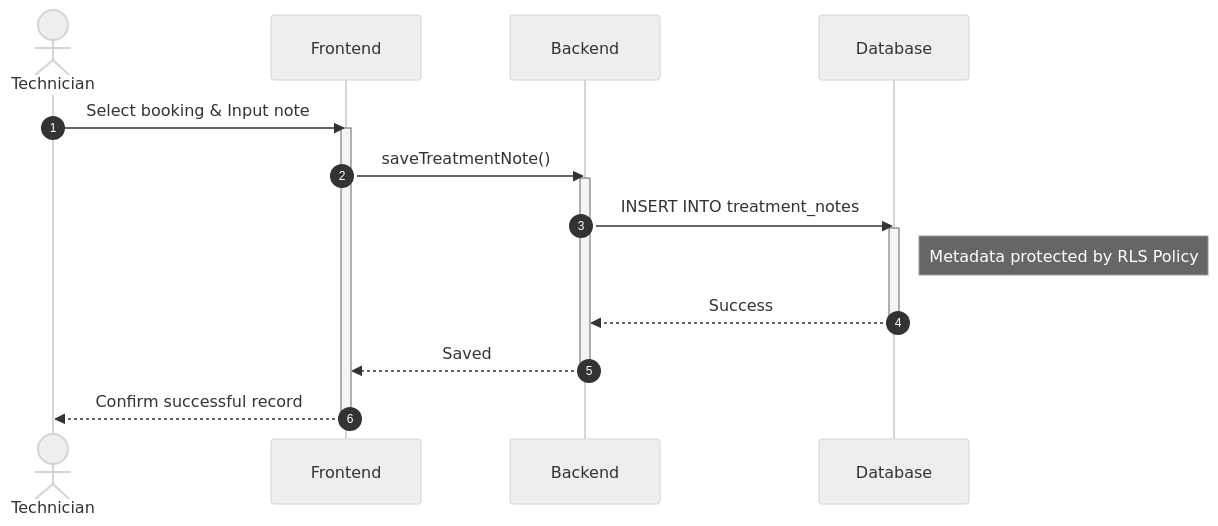
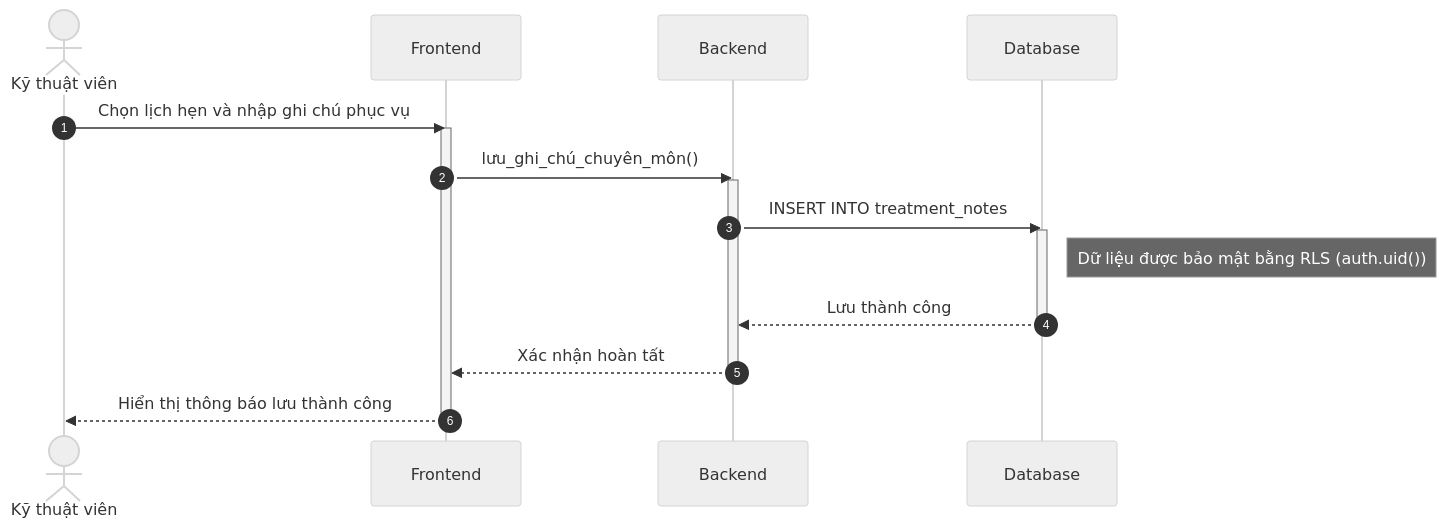
One commit to ngoctinn/Synapse changed the second of 2 diagrams in docs/design/sequences_simplified/technician_flows.md. Above: the diagram before and after it, drawn with Mermaid (neutral theme). The commit also changed other lines of this file and 4 other files, not shown here.

Commit message:
docs: Add simplified sequence diagrams for authentication and various user flows.

````diff
--- a/docs/design/sequences_simplified/technician_flows.md
+++ b/docs/design/sequences_simplified/technician_flows.md
@@ -33,24 +33,24 @@
 ```mermaid
 sequenceDiagram
     autonumber
-    actor KTV as Technician
+    actor KTV as Kỹ thuật viên
     participant FE as Frontend
     participant BE as Backend
     participant DB as Database
 
-    KTV->>FE: Select booking & Input note
+    KTV->>FE: Chọn lịch hẹn và nhập ghi chú phục vụ
     activate FE
-    FE->>BE: saveTreatmentNote()
+    FE->>BE: lưu_ghi_chú_chuyên_môn()
     activate BE
 
     BE->>DB: INSERT INTO treatment_notes
     activate DB
-    Note right of DB: Metadata protected by RLS Policy
+    Note right of DB: Dữ liệu được bảo mật bằng RLS (auth.uid())
 
-    DB-->>BE: Success
+    DB-->>BE: Lưu thành công
     deactivate DB
-    BE-->>FE: Saved
+    BE-->>FE: Xác nhận hoàn tất
     deactivate BE
-    FE-->>KTV: Confirm successful record
+    FE-->>KTV: Hiển thị thông báo lưu thành công
     deactivate FE
 ```
````
